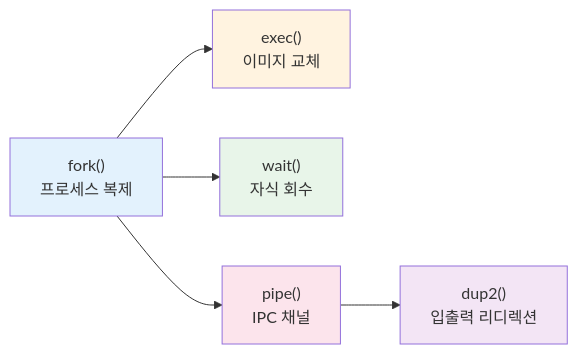
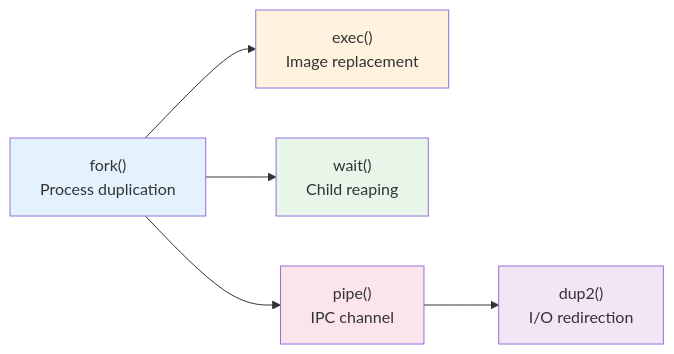
The first of 7 diagrams in W02_Process-1/Concepts-Lab.md (Choroning/26Spring_Operating-Systems), drawn with Mermaid before and after one commit. The commit also changed other lines of this file and 22 other files, not shown here.

````diff
--- a/W02_Process-1/Concepts-Lab.md
+++ b/W02_Process-1/Concepts-Lab.md
@@ -27,12 +27,12 @@
 ```mermaid
 graph LR
-    F["fork()<br/>프로세스 복제"] --> E["exec()<br/>이미지 교체"]
-    F --> W["wait()<br/>자식 회수"]
-    F --> P["pipe()<br/>IPC 채널"]
-    P --> D["dup2()<br/>입출력 리디렉션"]
+    F["fork()<br/>Process duplication"] --> E["exec()<br/>Image replacement"]
+    F --> W["wait()<br/>Child reaping"]
+    F --> P["pipe()<br/>IPC channel"]
+    P --> D["dup2()<br/>I/O redirection"]
     style F fill:#e3f2fd
     style E fill:#fff3e0
     style W fill:#e8f5e9
     style P fill:#fce4ec
     style D fill:#f3e5f5
 ```
````
